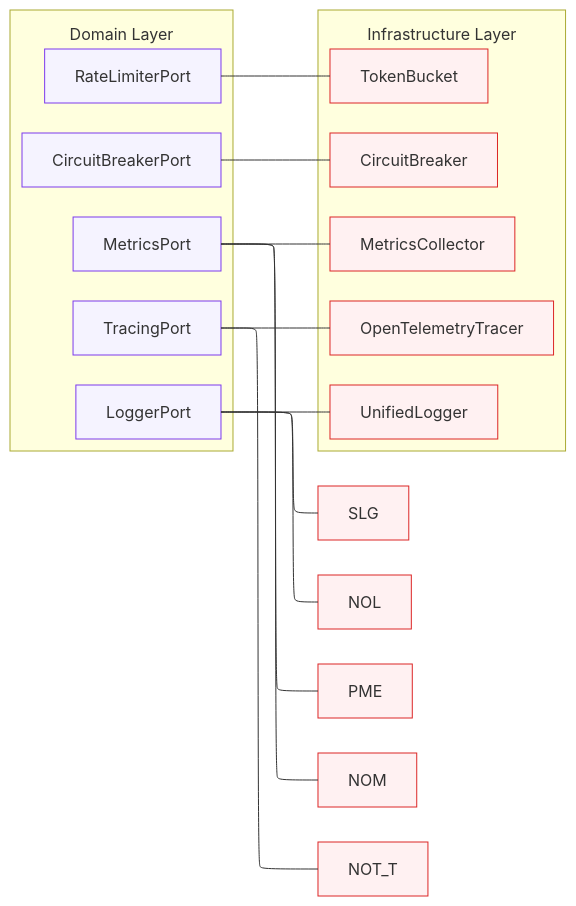
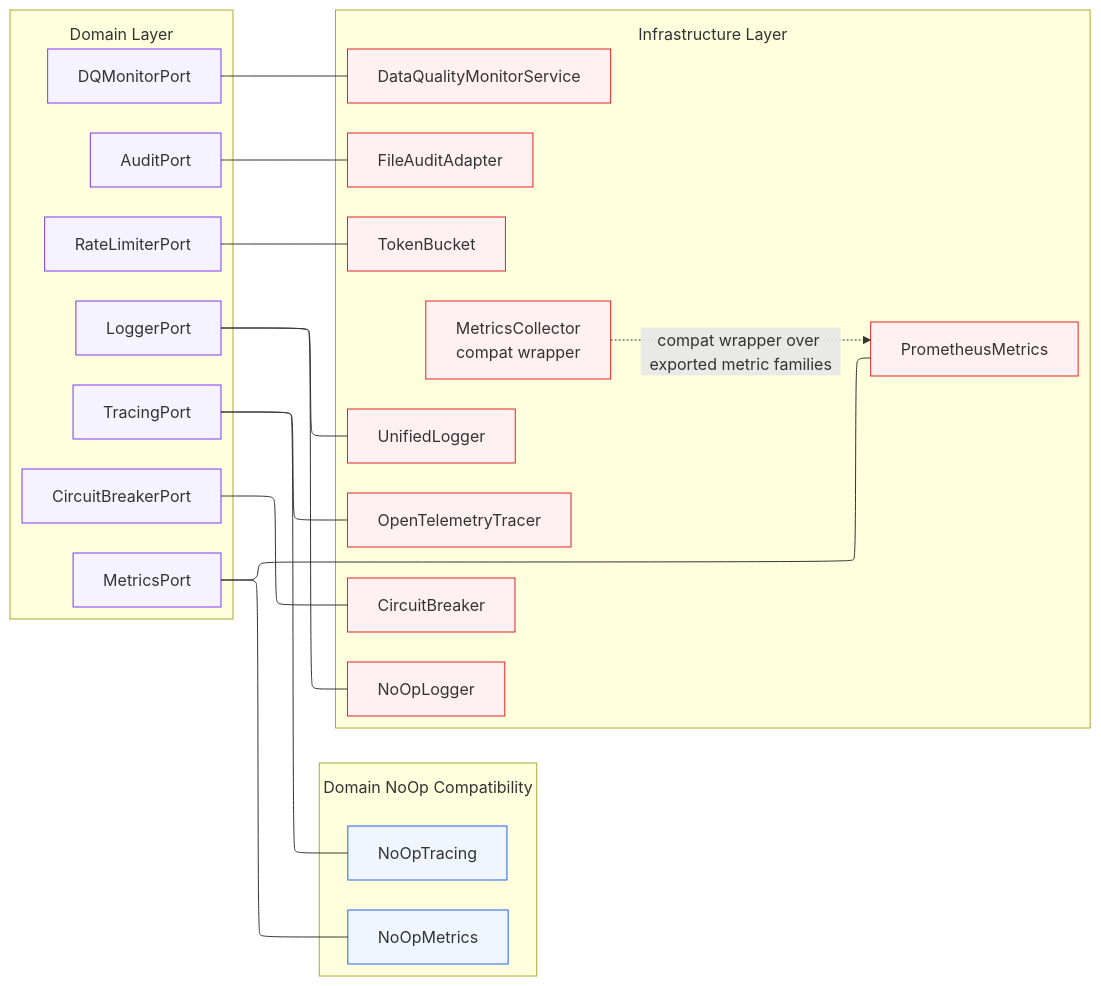
One commit to SatoryKono/BioactivityDataAcquisition changed the diagram in docs/02-architecture/diagrams/architecture/13c-port-contracts-observability.mmd. Above: the diagram before and after it, drawn with Mermaid. The commit also changed 5 other files, not shown here.

First line of the commit message:
Refine observability diagrams; add test outputs

```diff
--- a/docs/02-architecture/diagrams/architecture/13c-port-contracts-observability.mmd
+++ b/docs/02-architecture/diagrams/architecture/13c-port-contracts-observability.mmd
@@ -1,51 +1,67 @@
 %% BioETL — Port Contracts: Observability and Resilience
 %% Covers Logger/Metrics/Tracing ports plus resilience control ports.
 
-%% @version 1.0.0
-%% @date    2026-02-25
+%% @version 1.1.0
+%% @date    2026-04-12
 %% @type    flowchart
 %% @level   System / Component
 %% @view    observability
 %% @parent  13-port-protocol-contracts.mmd
-%% @nodes   15
+%% @nodes   18
 %% @uniform width=192 height=56 max_title_len=19 max_desc_lines=1
 
 %%{init: {
   'flowchart': {
     'subGraphTitleMargin': { 'top': 12, 'bottom': 12 }
   },
   'layout': 'elk',
   'elk': {
     'mergeEdges': true,
     'nodePlacementStrategy': 'BRANDES_KOEPF',
     'edgeRouting': 'ORTHOGONAL'
   }
 }}%%
 graph LR
     subgraph Domain["Domain Layer"]
         LGP["LoggerPort"]:::size-sm
         MTP["MetricsPort"]:::size-sm
         TRP["TracingPort"]:::size-sm
+        DQP["DQMonitorPort"]:::size-sm
+        AUP["AuditPort"]:::size-sm
         CBP["CircuitBreakerPort"]:::size-sm
         RLP["RateLimiterPort"]:::size-sm
     end
 
+    subgraph DomainNoOp["Domain NoOp Compatibility"]
+        NOM["NoOpMetrics"]:::size-sm
+        NOT_T["NoOpTracing"]:::size-sm
+    end
+
     subgraph Infrastructure["Infrastructure Layer"]
         UL["UnifiedLogger"]:::size-sm
-        MCO["MetricsCollector"]:::size-sm
+        NOL["NoOpLogger"]:::size-sm
+        PME["PrometheusMetrics"]:::size-sm
+        MCO["MetricsCollector<br/>compat wrapper"]:::size-sm
         OTT["OpenTelemetryTracer"]:::size-sm
+        DQM["DataQualityMonitorService"]:::size-sm
+        FAA["FileAuditAdapter"]:::size-sm
         CB["CircuitBreaker"]:::size-sm
         TB_I["TokenBucket"]:::size-sm
     end
 
-    LGP --- UL & SLG & NOL
-    MTP --- MCO & PME & NOM
+    LGP --- UL & NOL
+    MTP --- PME & NOM
     TRP --- OTT & NOT_T
+    DQP --- DQM
+    AUP --- FAA
     CBP --- CB
     RLP --- TB_I
+    MCO -.compat wrapper over exported metric families.-> PME
 
     classDef domain fill:#f5f3ff,stroke:#7c3aed
+    classDef noop fill:#eff6ff,stroke:#2563eb
     classDef infra fill:#fff1f2,stroke:#dc2626
 
-    class LGP,MTP,TRP,CBP,RLP domain
-    class UL,SLG,NOL,MCO,PME,NOM,OTT,NOT_T,CB,TB_I infra
+    class LGP,MTP,TRP,DQP,AUP,CBP,RLP domain
+    class NOM,NOT_T noop
+    class UL,NOL,PME,MCO,OTT,DQM,FAA,CB,TB_I infra
```
